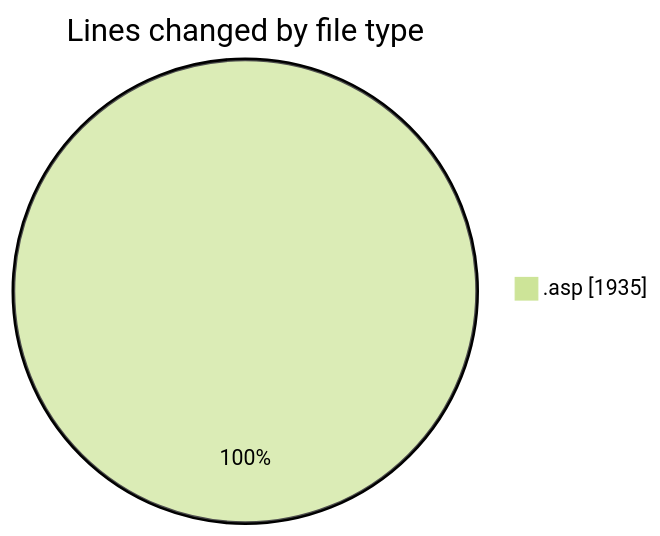
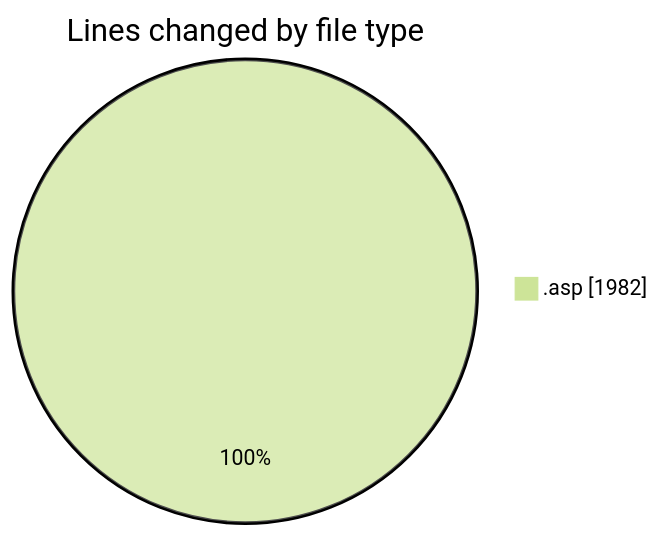
The first of 2 diagrams in 2025-10-10/cdp_aleoudev_fr__workspace_/README.md (julien-gomy/code-tracking), drawn with Mermaid (forest theme) before and after one commit. The commit also changed other lines of this file and 1 other file, not shown here.

````diff
--- a/2025-10-10/cdp_aleoudev_fr__workspace_/README.md
+++ b/2025-10-10/cdp_aleoudev_fr__workspace_/README.md
@@ -22,5 +23,5 @@
 ```mermaid
 pie showData
 title Lines changed by file type
-".asp" : 1935
+".asp" : 1982
 ```
````
